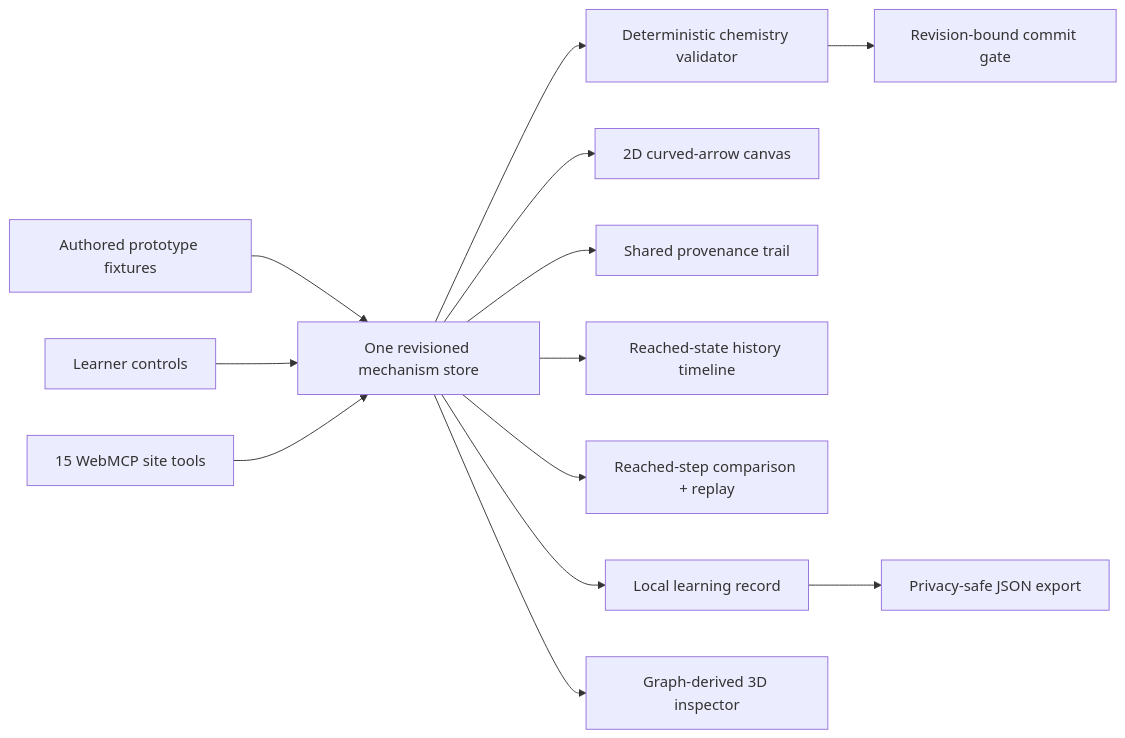
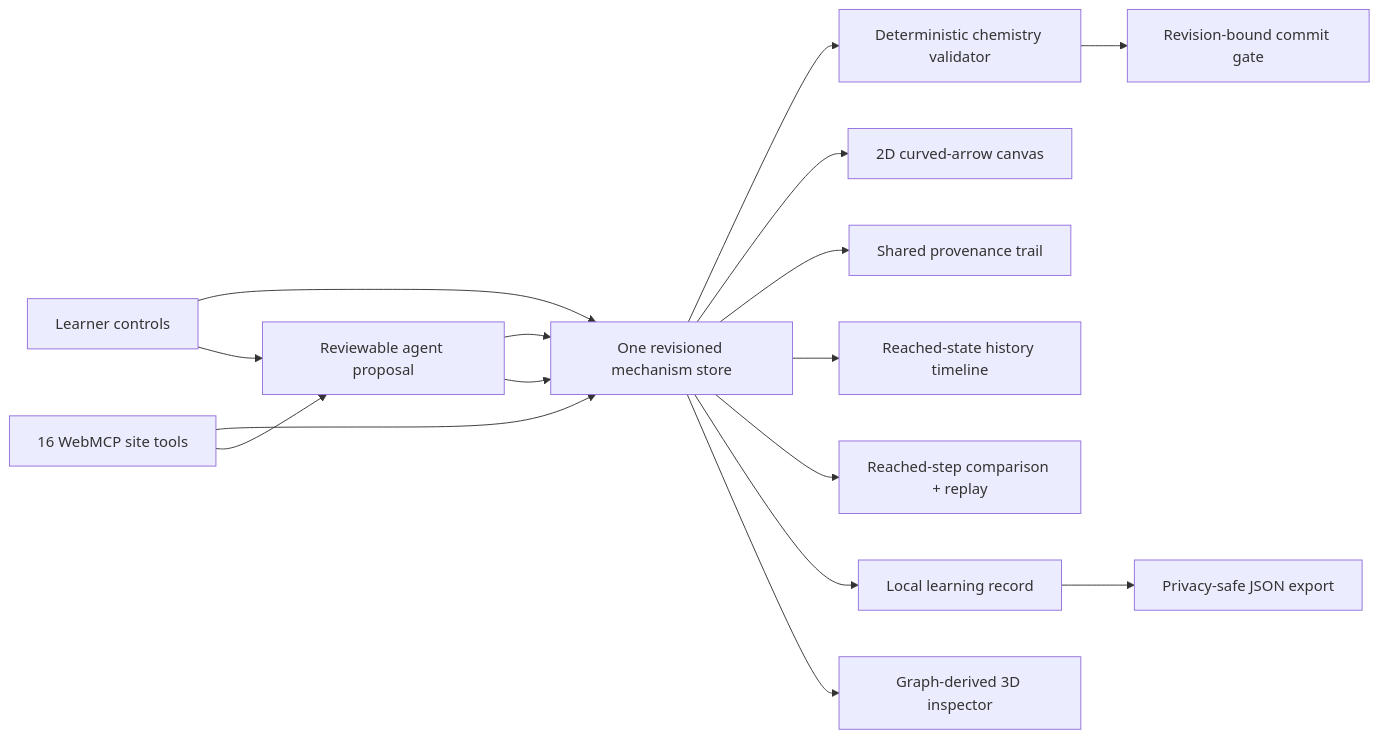
The diagram in README.md (mihirduvedi/mechanism-canvas), drawn with Mermaid before and after one commit. The commit also changed other lines of this file and 19 other files, not shown here.

Commit message:
feat: add reviewable agent proposals

````diff
--- a/README.md
+++ b/README.md
@@ -13,15 +13,18 @@
 ```mermaid
 flowchart LR
   P["Authored prototype fixtures"] --> S["One revisioned mechanism store"]
   H["Learner controls"] --> S
-  A["15 WebMCP site tools"] --> S
+  A["16 WebMCP site tools"] --> S
+  A --> P["Reviewable agent proposal"]
+  H --> P
+  P --> S
   S --> V["Deterministic chemistry validator"]
   S --> C["2D curved-arrow canvas"]
   S --> T["Shared provenance trail"]
   S --> R["Reached-state history timeline"]
   S --> D["Reached-step comparison + replay"]
   S --> L["Local learning record"]
   L --> E["Privacy-safe JSON export"]
   S --> M["Graph-derived 3D inspector"]
   V --> G["Revision-bound commit gate"]
 ```
````
